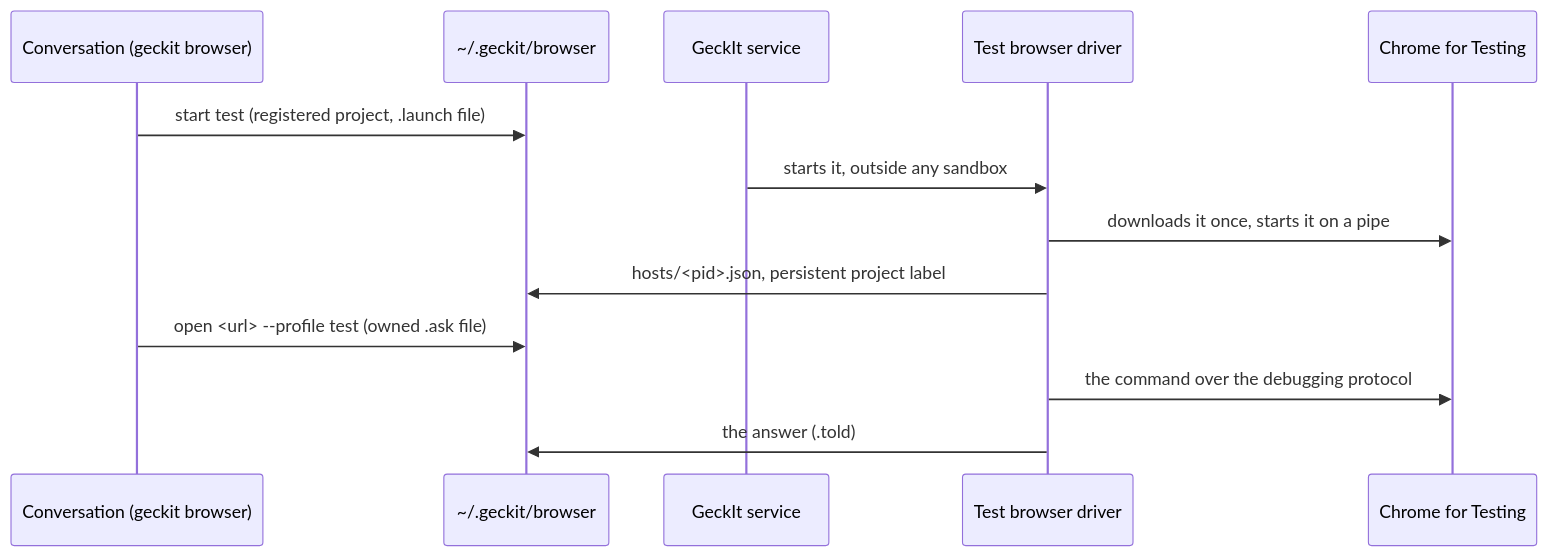
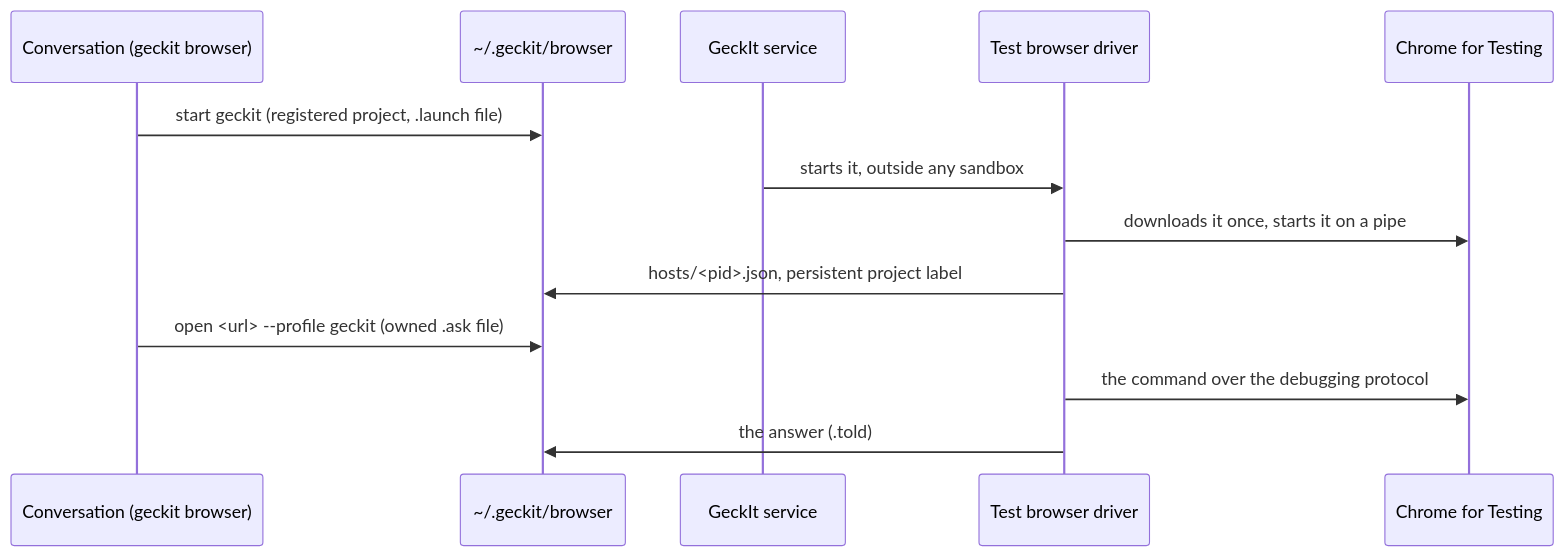
One commit to anetrebskii/geckit changed the first of 2 diagrams in docs/ux/chrome-testing.md. Above: the diagram before and after it, drawn with Mermaid. The commit also changed other lines of this file and 87 other files, not shown here.

First line of the commit message:
feat(browser): profile management, geckit: profiles and prompts as files

````diff
--- a/docs/ux/chrome-testing.md
+++ b/docs/ux/chrome-testing.md
@@ -24,15 +24,15 @@
 ```mermaid
 sequenceDiagram
   participant C as Conversation (geckit browser)
   participant F as ~/.geckit/browser
   participant S as GeckIt service
   participant D as Test browser driver
   participant B as Chrome for Testing
-  C->>F: start test (registered project, .launch file)
+  C->>F: start geckit (registered project, .launch file)
   S->>D: starts it, outside any sandbox
   D->>B: downloads it once, starts it on a pipe
   D->>F: hosts/<pid>.json, persistent project label
-  C->>F: open <url> --profile test (owned .ask file)
+  C->>F: open <url> --profile geckit (owned .ask file)
   D->>B: the command over the debugging protocol
   D->>F: the answer (.told)
 ```
````
